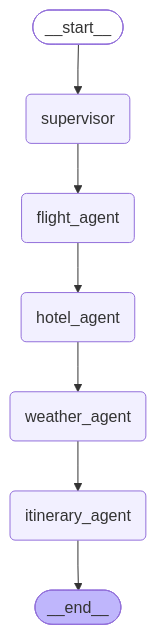
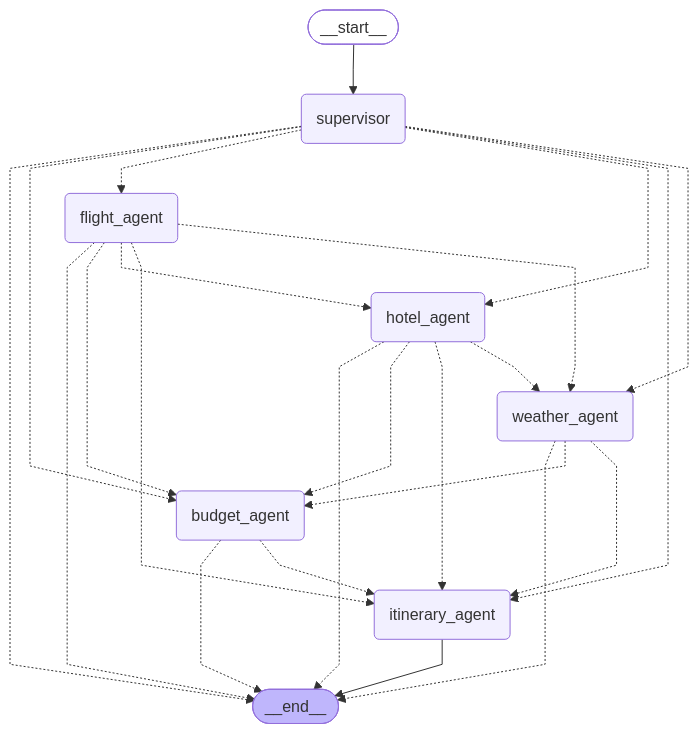
One commit to sindhusinr/multi_agent_trip_planner changed the diagram in graph.mmd. Above: the diagram before and after it, drawn with Mermaid. The commit also changed 7 other files, not shown here.

```diff
--- a/graph.mmd
+++ b/graph.mmd
@@ -1,22 +1,39 @@
 ---
 config:
   flowchart:
     curve: linear
 ---
 graph TD;
 	__start__([<p>__start__</p>]):::first
 	supervisor(supervisor)
 	flight_agent(flight_agent)
 	hotel_agent(hotel_agent)
 	weather_agent(weather_agent)
+	budget_agent(budget_agent)
 	itinerary_agent(itinerary_agent)
 	__end__([<p>__end__</p>]):::last
 	__start__ --> supervisor;
-	flight_agent --> hotel_agent;
-	hotel_agent --> weather_agent;
-	supervisor --> flight_agent;
-	weather_agent --> itinerary_agent;
+	budget_agent -.-> __end__;
+	budget_agent -.-> itinerary_agent;
+	flight_agent -.-> __end__;
+	flight_agent -.-> budget_agent;
+	flight_agent -.-> hotel_agent;
+	flight_agent -.-> itinerary_agent;
+	flight_agent -.-> weather_agent;
+	hotel_agent -.-> __end__;
+	hotel_agent -.-> budget_agent;
+	hotel_agent -.-> itinerary_agent;
+	hotel_agent -.-> weather_agent;
+	supervisor -.-> __end__;
+	supervisor -.-> budget_agent;
+	supervisor -.-> flight_agent;
+	supervisor -.-> hotel_agent;
+	supervisor -.-> itinerary_agent;
+	supervisor -.-> weather_agent;
+	weather_agent -.-> __end__;
+	weather_agent -.-> budget_agent;
+	weather_agent -.-> itinerary_agent;
 	itinerary_agent --> __end__;
 	classDef default fill:#f2f0ff,line-height:1.2
 	classDef first fill-opacity:0
 	classDef last fill:#bfb6fc
```
